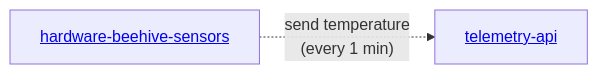
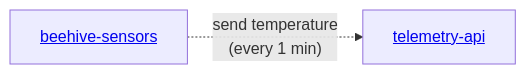
The diagram in README.md (Gratheon/beehive-sensors), drawn with Mermaid before and after one commit. The commit also changed other lines of this file, not shown here.

````diff
--- a/README.md
+++ b/README.md
@@ -5,4 +6,4 @@
 ```mermaid
 flowchart LR
-    beehive-sensors[<a href="https://github.com/Gratheon/beehive-sensors">hardware-beehive-sensors</a>] -."send temperature \n(every 1 min)".-> telemetry-api[<a href="https://github.com/Gratheon/telemetry-api">telemetry-api</a>]
+    beehive-sensors[<a href="https://github.com/Gratheon/beehive-sensors">beehive-sensors</a>] -."send temperature \n(every 1 min)".-> telemetry-api[<a href="https://github.com/Gratheon/telemetry-api">telemetry-api</a>]
 ```
````
